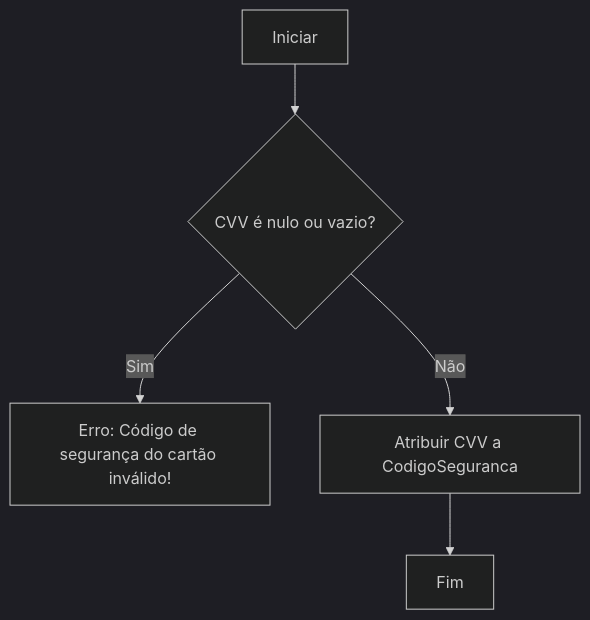
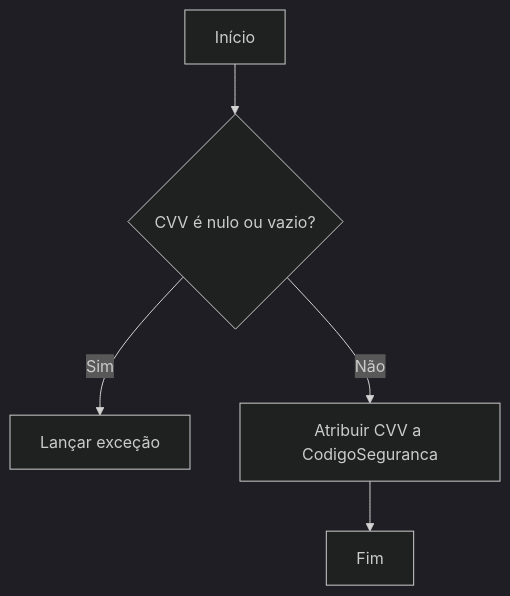
The first of 2 diagrams in docs/b2b-dominio/IsthmusWinthor.Nucleo/IsthmusWinthor.Dominio/POCO/Carrinho/DadosPagamentoCartao.md (IsthmusSistemas/documentacao-tecnica), drawn with Mermaid (dark theme) before and after one commit. The commit also changed other lines of this file and 882 other files, not shown here.

````diff
--- a/docs/b2b-dominio/IsthmusWinthor.Nucleo/IsthmusWinthor.Dominio/POCO/Carrinho/DadosPagamentoCartao.md
+++ b/docs/b2b-dominio/IsthmusWinthor.Nucleo/IsthmusWinthor.Dominio/POCO/Carrinho/DadosPagamentoCartao.md
@@ -19,7 +20,7 @@
 ```mermaid
 flowchart TD
-    A[Iniciar] --> B{CVV é nulo ou vazio?}
-    B -- Sim --> C[Erro: Código de segurança do cartão inválido!]
+    A[Início] --> B{CVV é nulo ou vazio?}
+    B -- Sim --> C[Lançar exceção]
     B -- Não --> D[Atribuir CVV a CodigoSeguranca]
     D --> E[Fim]
 ```
````
